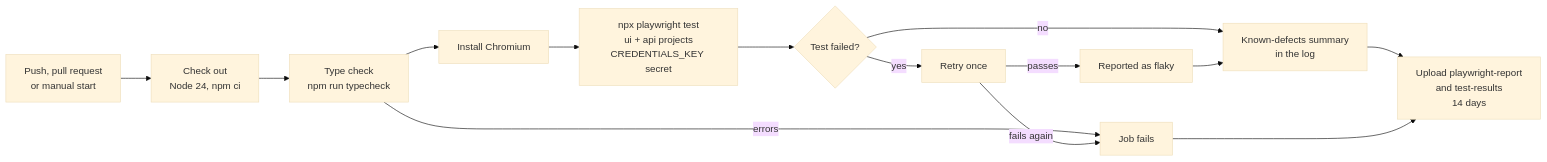
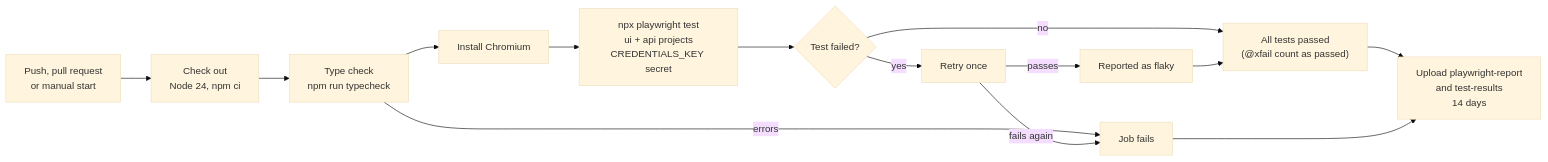
Before and after one commit to habibaelbehairy/eventhub-qa-automation: the third of 3 diagrams in README.md, drawn with Mermaid (base theme). The commit also changed other lines of this file and 10 other files, not shown here.

````diff
--- a/README.md
+++ b/README.md
@@ -437,16 +437,16 @@
 ```mermaid
 flowchart LR
     A["Push, pull request<br/>or manual start"] --> B["Check out<br/>Node 24, npm ci"]
     B --> C["Type check<br/>npm run typecheck"]
     C -->|errors| X["Job fails"]
     C --> D["Install Chromium"]
     D --> E["npx playwright test<br/>ui + api projects<br/>CREDENTIALS_KEY secret"]
     E --> F{"Test failed?"}
     F -->|yes| G["Retry once"]
     G -->|passes| H["Reported as flaky"]
     G -->|fails again| X
-    F -->|no| I["Known-defects summary<br/>in the log"]
+    F -->|no| I["All tests passed<br/>(@xfail count as passed)"]
     H --> I
     I --> J["Upload playwright-report<br/>and test-results<br/>14 days"]
     X --> J
 ```
````
